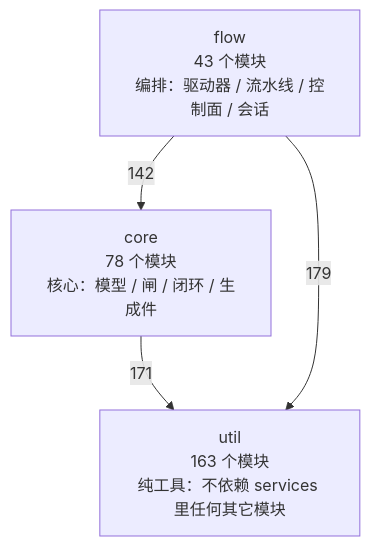
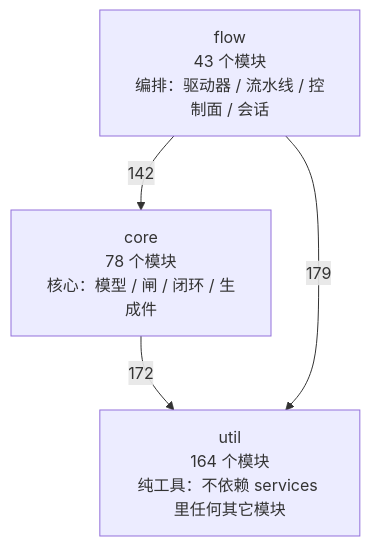
One commit to 2686521696/WhyBuddy changed the first of 4 diagrams in docs/SlideRule V6.2 架构图（自动生成）.md. Above: the diagram before and after it, drawn with Mermaid. The commit also changed other lines of this file and 7 other files, not shown here.

````diff
--- a/docs/SlideRule V6.2 架构图（自动生成）.md
+++ b/docs/SlideRule V6.2 架构图（自动生成）.md
@@ -50,9 +50,9 @@
 ```mermaid
 flowchart TB
-  util["util<br/>163 个模块<br/>纯工具：不依赖 services 里任何其它模块"]
+  util["util<br/>164 个模块<br/>纯工具：不依赖 services 里任何其它模块"]
   core["core<br/>78 个模块<br/>核心：模型 / 闸 / 闭环 / 生成件"]
   flow["flow<br/>43 个模块<br/>编排：驱动器 / 流水线 / 控制面 / 会话"]
-  core -->|171| util
+  core -->|172| util
   flow -->|142| core
   flow -->|179| util
 ```
````
